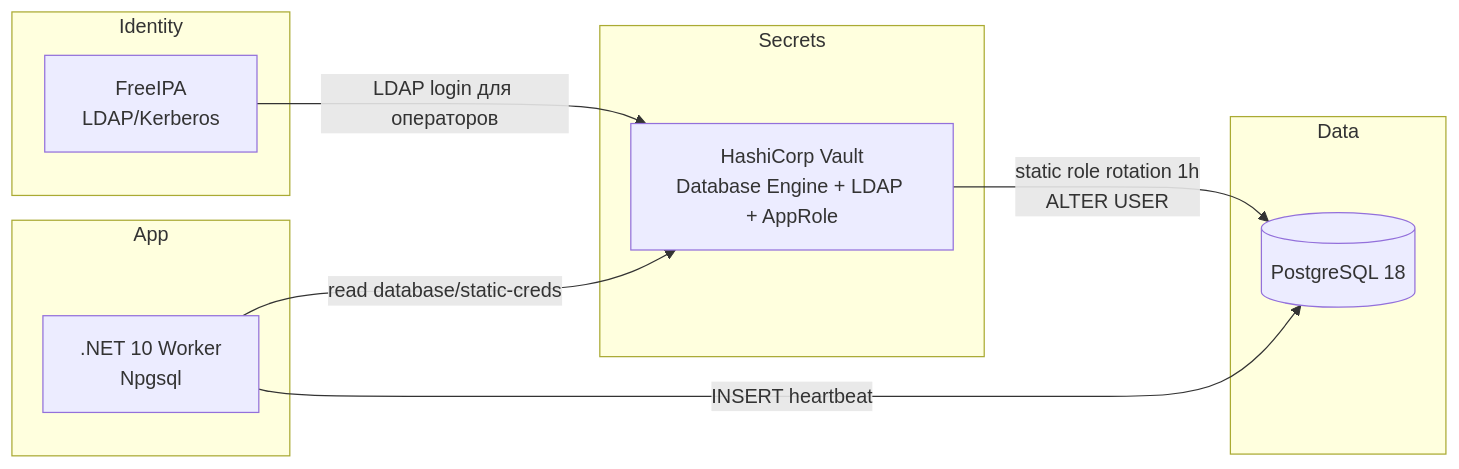
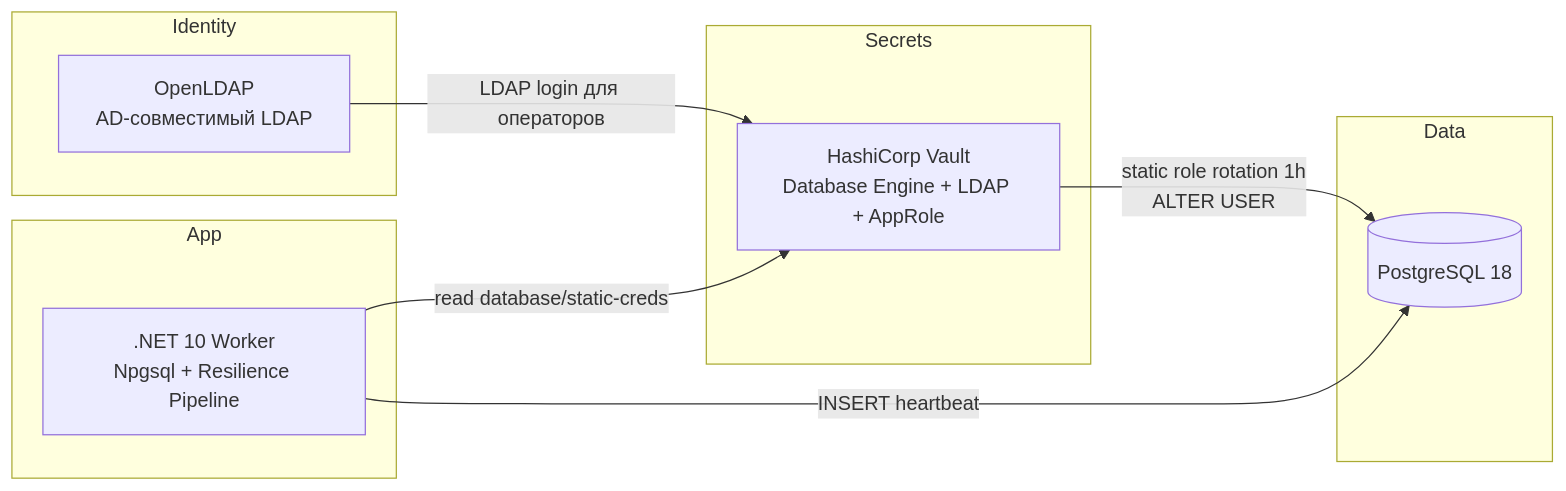
One commit to Tirael/vault-secret-rotation-demo changed the diagram in README.md. Above: the diagram before and after it, drawn with Mermaid. The commit also changed other lines of this file and 5 other files, not shown here.

````diff
--- a/README.md
+++ b/README.md
@@ -7,23 +7,23 @@
 ```mermaid
 flowchart LR
     subgraph Identity
-        IPA[FreeIPA<br/>LDAP/Kerberos]
+        LDAP[OpenLDAP<br/>AD-совместимый LDAP]
     end
 
     subgraph Secrets
         V[HashiCorp Vault<br/>Database Engine + LDAP + AppRole]
     end
 
     subgraph Data
         PG[(PostgreSQL 18)]
     end
 
     subgraph App
-        S[.NET 10 Worker<br/>Npgsql]
+        S[.NET 10 Worker<br/>Npgsql + Resilience Pipeline]
     end
 
-    IPA -->|LDAP login для операторов| V
+    LDAP -->|LDAP login для операторов| V
     V -->|static role rotation 1h<br/>ALTER USER| PG
     S -->|read database/static-creds| V
     S -->|INSERT heartbeat| PG
 ```
````
